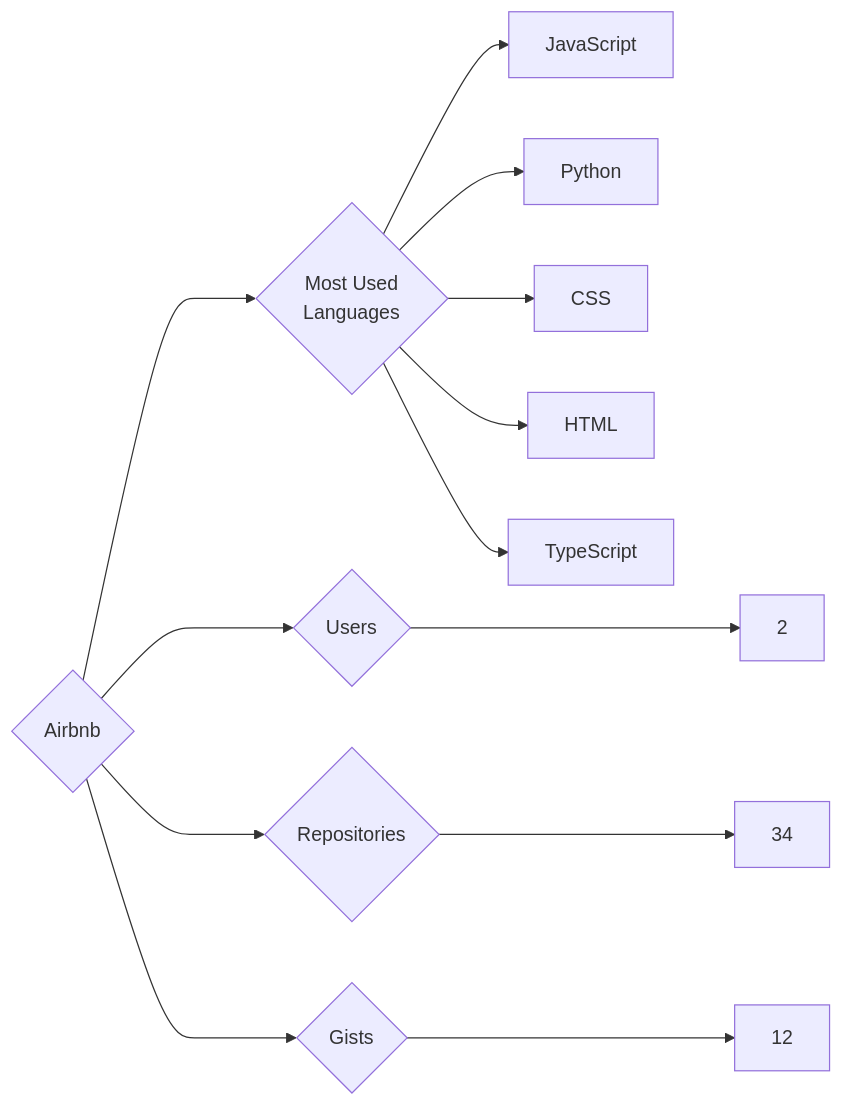
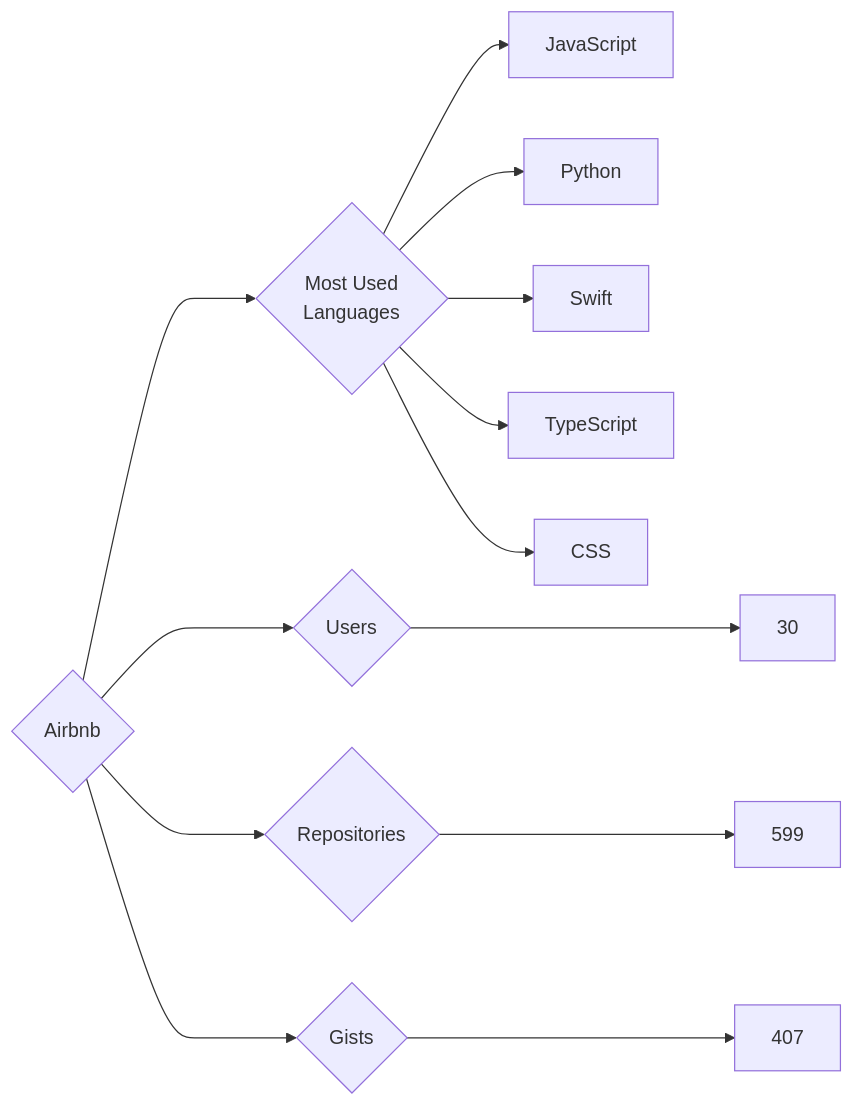
The diagram in targets/Airbnb/README.md (trickest/insiders), drawn with Mermaid before and after one commit. The commit also changed 935 other files, not shown here.

````diff
--- a/targets/Airbnb/README.md
+++ b/targets/Airbnb/README.md
@@ -3,13 +3,13 @@
 ```mermaid
 graph LR
 COMPANY_NAME{Airbnb}
-COMPANY_NAME ---> U{Users} ---> UN[2]
-COMPANY_NAME ---> R{Repositories} ---> RN[34]
-COMPANY_NAME ---> G{Gists} ---> GN[12]
+COMPANY_NAME ---> U{Users} ---> UN[30]
+COMPANY_NAME ---> R{Repositories} ---> RN[599]
+COMPANY_NAME ---> G{Gists} ---> GN[407]
 COMPANY_NAME ---> ML{Most Used<br>Languages}
 ML --> JavaScript[JavaScript]
 ML --> Python[Python]
+ML --> Swift[Swift]
+ML --> TypeScript[TypeScript]
 ML --> CSS[CSS]
-ML --> HTML[HTML]
-ML --> TypeScript[TypeScript]
 ```
````
